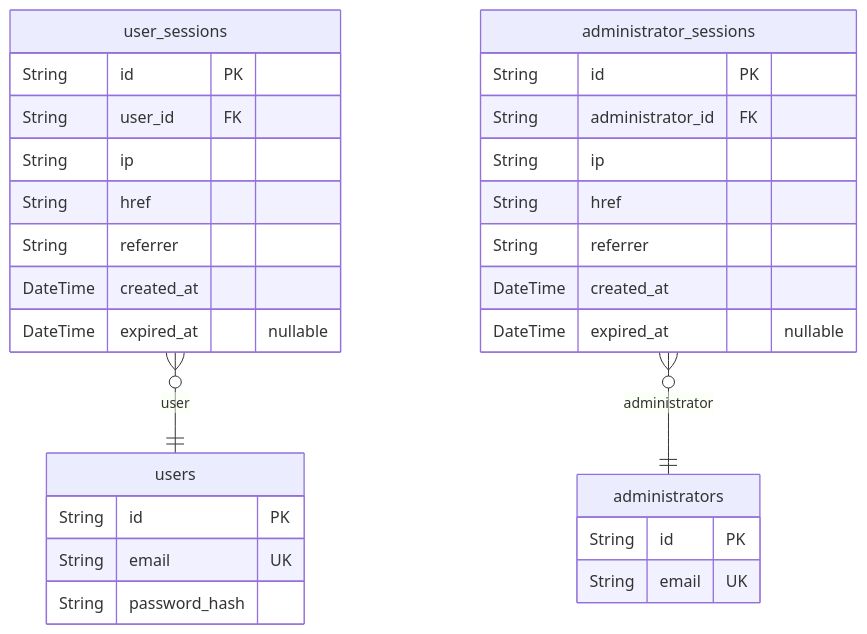
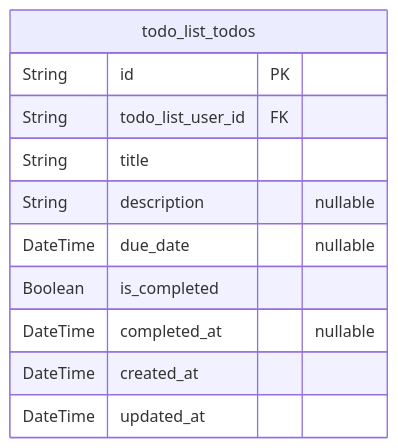
Before and after one commit to wrtnlabs/autobe-examples: the second of 2 diagrams in meta-llama/llama-4-scout/todo/docs/ERD.md, drawn with Mermaid. The commit also changed other lines of this file and 3372 other files, not shown here.

````diff
--- a/meta-llama/llama-4-scout/todo/docs/ERD.md
+++ b/meta-llama/llama-4-scout/todo/docs/ERD.md
@@ -64,32 +193,14 @@
 ```mermaid
 erDiagram
-"users" {
+"todo_list_todos" {
   String id PK
-  String email UK
-  String password_hash
+  String todo_list_user_id FK
+  String title
+  String description "nullable"
+  DateTime due_date "nullable"
+  Boolean is_completed
+  DateTime completed_at "nullable"
+  DateTime created_at
+  DateTime updated_at
 }
-"user_sessions" {
-  String id PK
-  String user_id FK
-  String ip
-  String href
-  String referrer
-  DateTime created_at
-  DateTime expired_at "nullable"
-}
-"administrators" {
-  String id PK
-  String email UK
-}
-"administrator_sessions" {
-  String id PK
-  String administrator_id FK
-  String ip
-  String href
-  String referrer
-  DateTime created_at
-  DateTime expired_at "nullable"
-}
-"user_sessions" }o--|| "users" : user
-"administrator_sessions" }o--|| "administrators" : administrator
 ```
````
